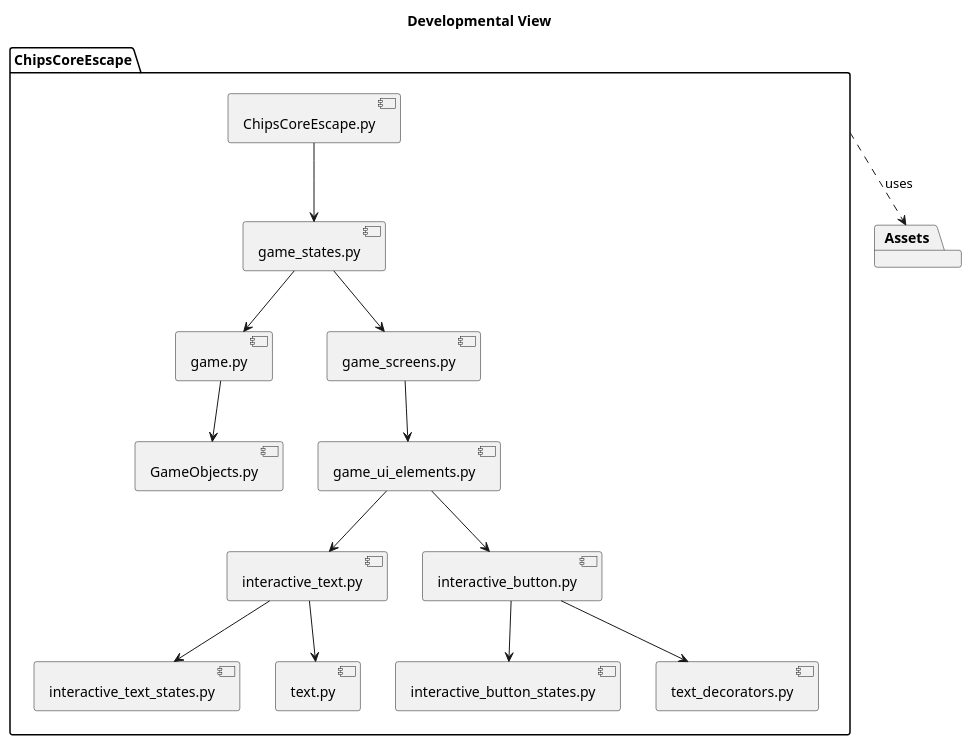
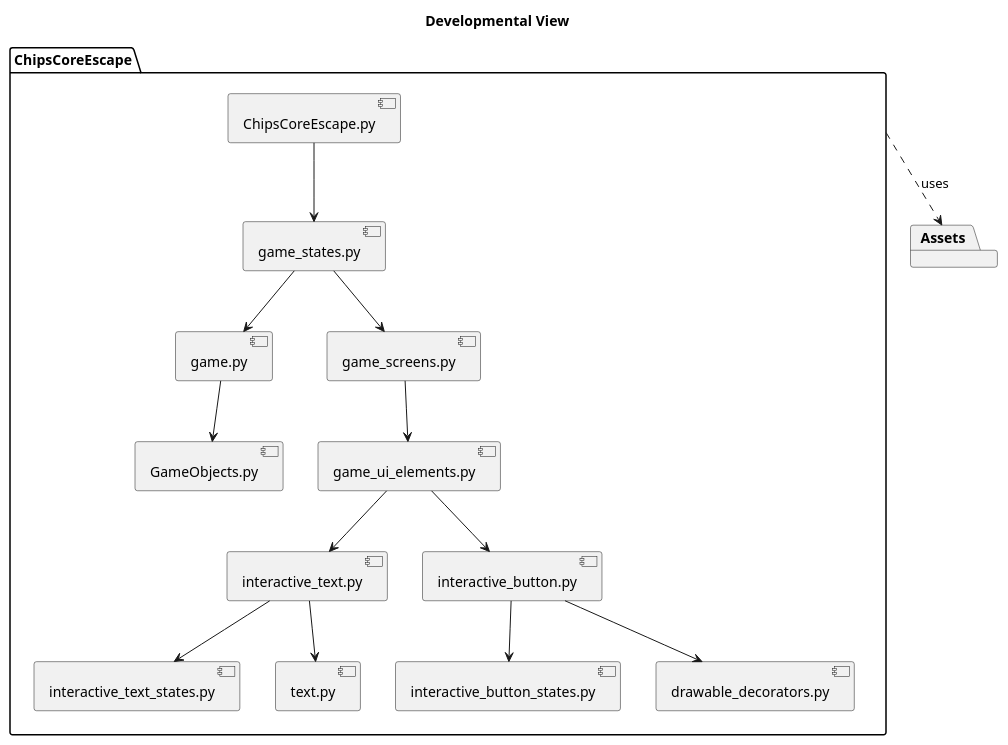
One commit to kmerickson/OOP-PuzzleMaze changed the diagram in Puzzle_Maze/diagrams/4+1/developmental_view.plantuml. Above: the diagram before and after it, drawn with PlantUML. The commit also changed 31 other files, not shown here.

```diff
--- a/Puzzle_Maze/diagrams/4+1/developmental_view.plantuml
+++ b/Puzzle_Maze/diagrams/4+1/developmental_view.plantuml
@@ -1,21 +1,21 @@
 @startuml Developmental View
 title Developmental View
 package "ChipsCoreEscape" {
     [ChipsCoreEscape.py] --> [game_states.py]
     [game_states.py] --> [game.py]
     [game_states.py] --> [game_screens.py]
     [game_screens.py] --> [game_ui_elements.py]
     [game_ui_elements.py] --> [interactive_text.py]
     [game_ui_elements.py] --> [interactive_button.py]
     [interactive_button.py] --> [interactive_button_states.py]
     [interactive_text.py] --> [interactive_text_states.py]
     [interactive_text.py] --> [text.py]
-    [interactive_button.py] --> [text_decorators.py]
+    [interactive_button.py] --> [drawable_decorators.py]
     [game.py] --> [GameObjects.py]
 }
 
 package "Assets" {
 }
 
 ChipsCoreEscape ..> Assets : uses
 @enduml
```
